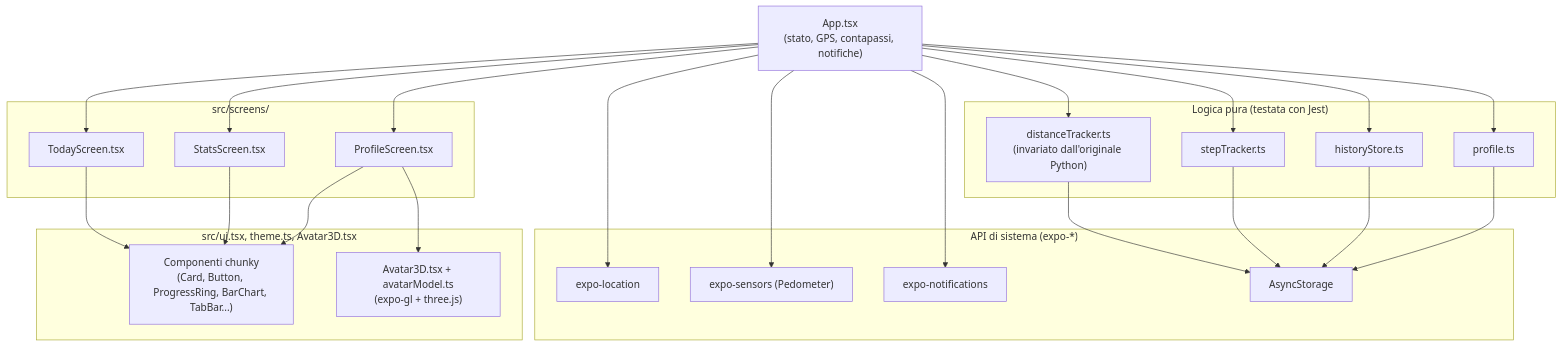
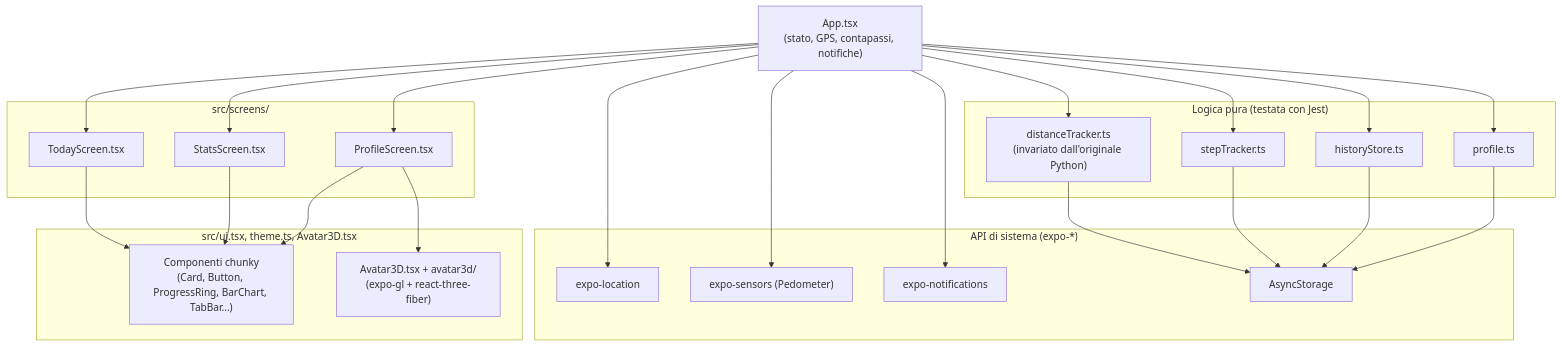
Before and after one commit to Leo-Galli/distanza-giornaliera: the first of 5 diagrams in FLOWCHART.md, drawn with Mermaid. The commit also changed other lines of this file and 14 other files, not shown here.

````diff
--- a/FLOWCHART.md
+++ b/FLOWCHART.md
@@ -12,44 +12,44 @@
 ```mermaid
 flowchart TB
     App["App.tsx<br/>(stato, GPS, contapassi, notifiche)"]
 
     subgraph Schede["src/screens/"]
         Oggi["TodayScreen.tsx"]
         Stats["StatsScreen.tsx"]
         Prof["ProfileScreen.tsx"]
     end
 
     subgraph Logica["Logica pura (testata con Jest)"]
         Dist["distanceTracker.ts<br/>(invariato dall'originale Python)"]
         Step["stepTracker.ts"]
         Hist["historyStore.ts"]
         Prof2["profile.ts"]
     end
 
     subgraph Piattaforma["API di sistema (expo-*)"]
         Loc["expo-location"]
         Ped["expo-sensors (Pedometer)"]
         Notif["expo-notifications"]
         Storage["AsyncStorage"]
     end
 
     subgraph Grafica["src/ui.tsx, theme.ts, Avatar3D.tsx"]
         UI["Componenti chunky<br/>(Card, Button, ProgressRing, BarChart, TabBar...)"]
-        Avatar3D["Avatar3D.tsx + avatarModel.ts<br/>(expo-gl + three.js)"]
+        Avatar3D["Avatar3D.tsx + avatar3d/<br/>(expo-gl + react-three-fiber)"]
     end
 
     App --> Oggi & Stats & Prof
     Oggi --> UI
     Stats --> UI
     Prof --> UI
     Prof --> Avatar3D
 
     App --> Dist --> Storage
     App --> Step --> Storage
     App --> Hist --> Storage
     App --> Prof2 --> Storage
 
     App --> Loc
     App --> Ped
     App --> Notif
 ```
````
